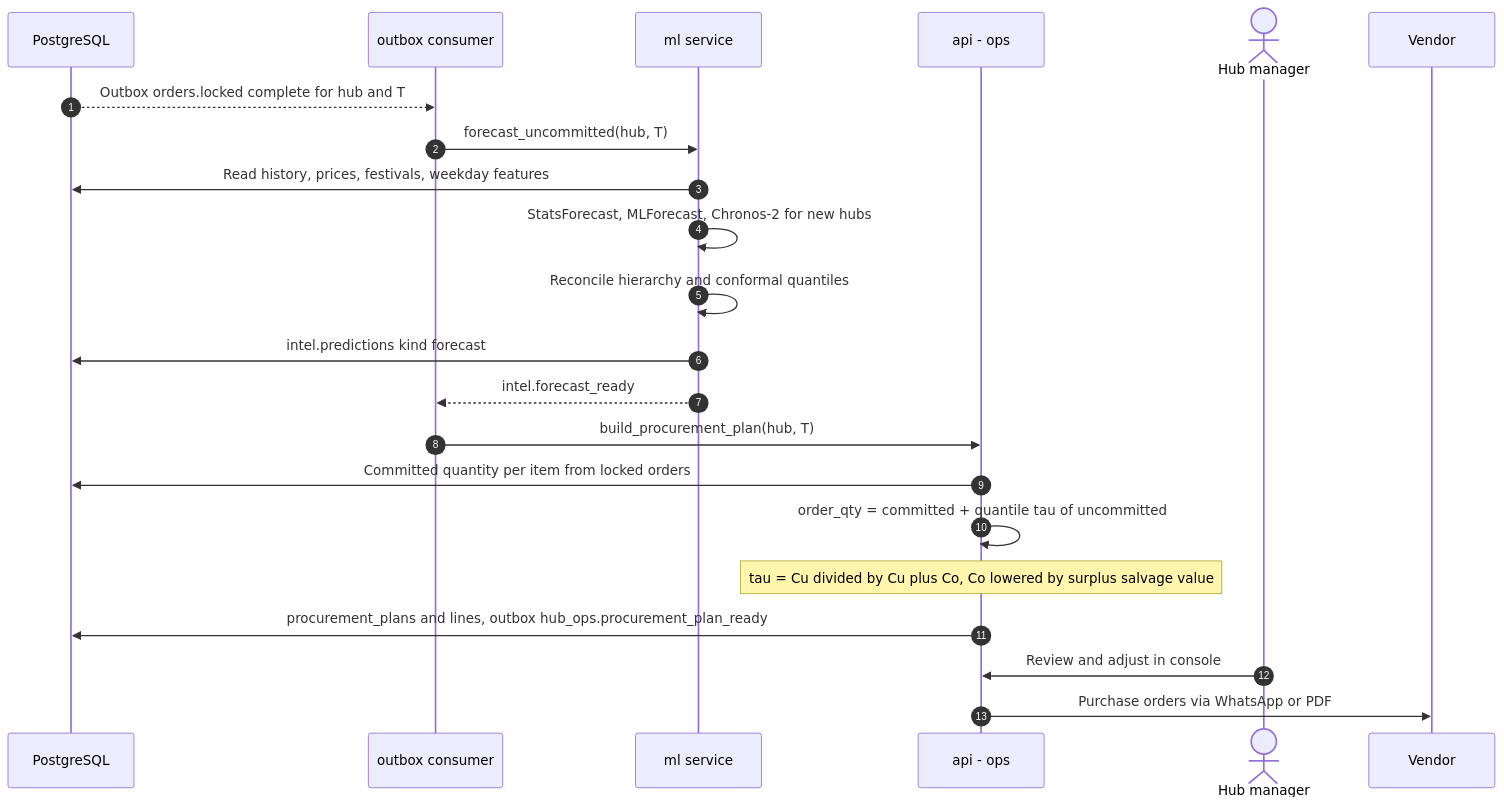
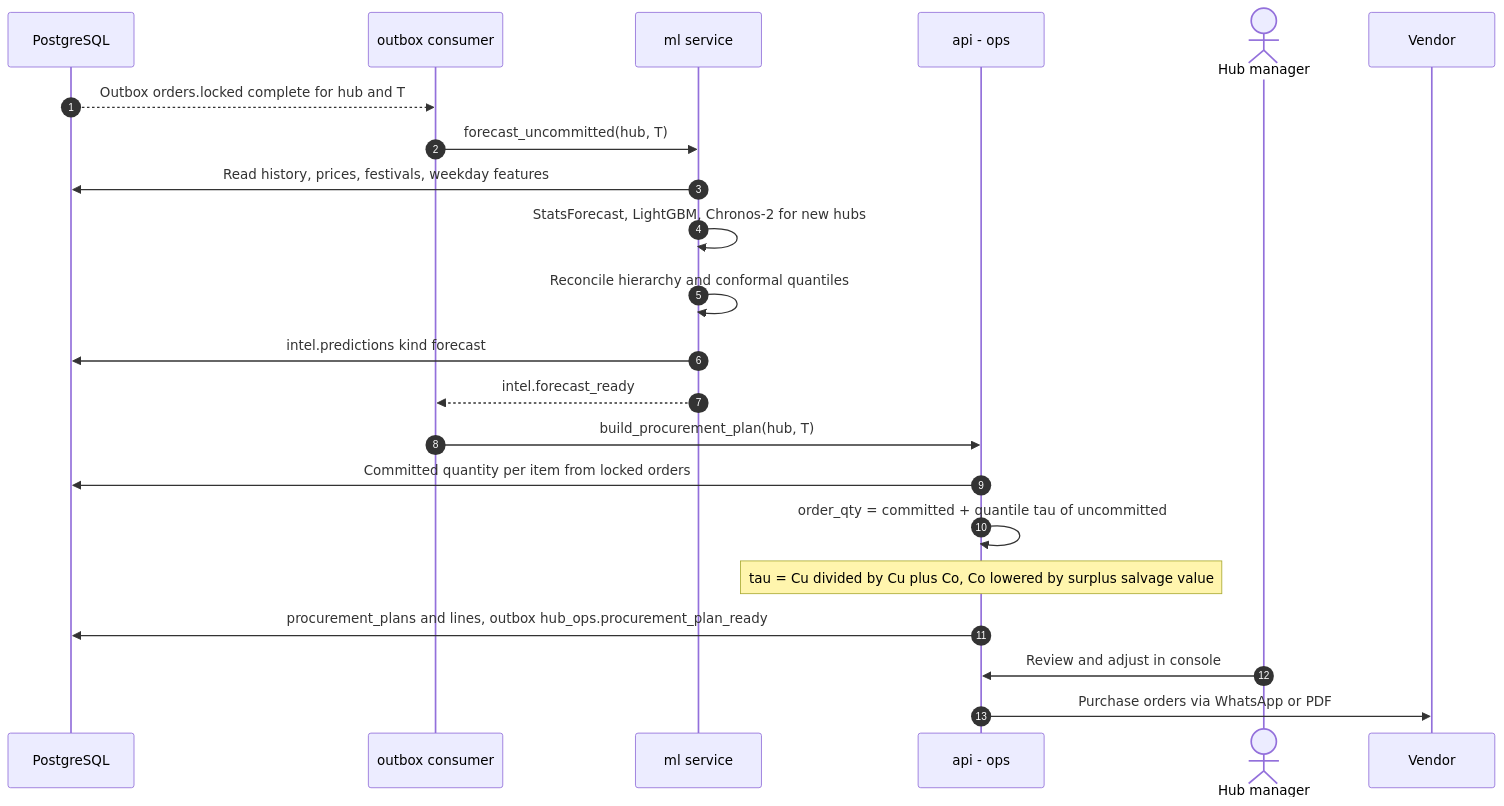
The eighth of 18 diagrams in docs/handbook/07-workflows.md (prelekar7/GharBasket), drawn with Mermaid before and after one commit. The commit also changed 19 other files, not shown here.

````diff
--- a/docs/handbook/07-workflows.md
+++ b/docs/handbook/07-workflows.md
@@ -310,24 +310,24 @@
 ```mermaid
 sequenceDiagram
     autonumber
     participant DB as PostgreSQL
     participant W as outbox consumer
     participant ML as ml service
     participant OPS as api - ops
     actor HM as Hub manager
     participant V as Vendor
     DB-->>W: Outbox orders.locked complete for hub and T
     W->>ML: forecast_uncommitted(hub, T)
     ML->>DB: Read history, prices, festivals, weekday features
-    ML->>ML: StatsForecast, MLForecast, Chronos-2 for new hubs
+    ML->>ML: StatsForecast, LightGBM, Chronos-2 for new hubs
     ML->>ML: Reconcile hierarchy and conformal quantiles
     ML->>DB: intel.predictions kind forecast
     ML-->>W: intel.forecast_ready
     W->>OPS: build_procurement_plan(hub, T)
     OPS->>DB: Committed quantity per item from locked orders
     OPS->>OPS: order_qty = committed + quantile tau of uncommitted
     Note over OPS: tau = Cu divided by Cu plus Co, Co lowered by surplus salvage value
     OPS->>DB: procurement_plans and lines, outbox hub_ops.procurement_plan_ready
     HM->>OPS: Review and adjust in console
     OPS->>V: Purchase orders via WhatsApp or PDF
 ```
````
